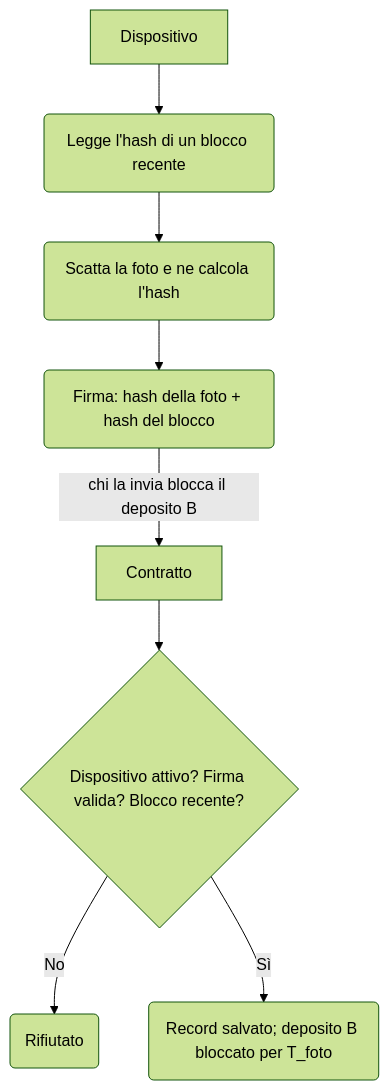
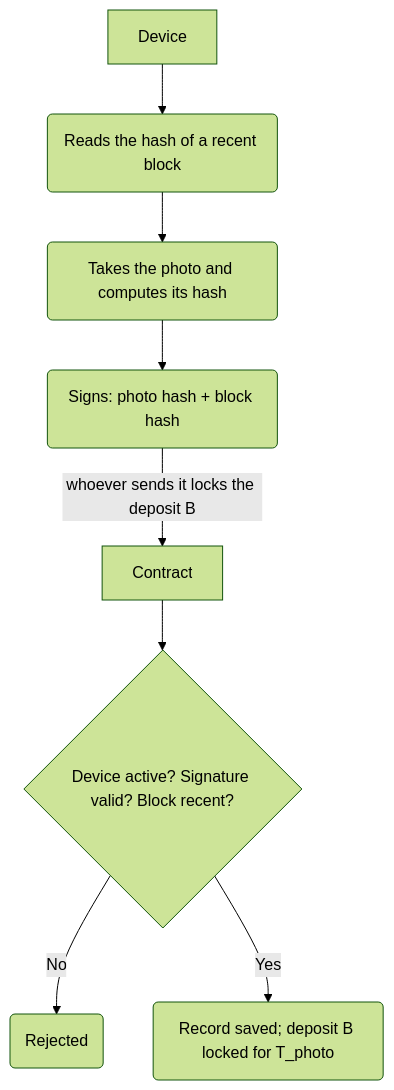
Before and after one commit to VincenzoImp/ixh26-paprika: the second of 3 diagrams in docs/1-how-it-works.md, drawn with Mermaid (forest theme). The commit also changed other lines of this file and 34 other files, not shown here.

````diff
--- a/docs/1-how-it-works.md
+++ b/docs/1-how-it-works.md
@@ -67,10 +67,10 @@
 ```mermaid
 flowchart TD
-    Dev[Dispositivo] --> Block(Legge l'hash di un blocco recente)
-    Block --> Pic(Scatta la foto e ne calcola l'hash)
-    Pic --> Sign("Firma: hash della foto + hash del blocco")
-    Sign -->|"chi la invia blocca il deposito B"| Contract[Contratto]
-    Contract --> Test{"Dispositivo attivo? Firma valida? Blocco recente?"}
-    Test -->|No| Error(Rifiutato)
-    Test -->|Sì| Save("Record salvato; deposito B bloccato per T_foto")
+    Dev[Device] --> Block(Reads the hash of a recent block)
+    Block --> Pic(Takes the photo and computes its hash)
+    Pic --> Sign("Signs: photo hash + block hash")
+    Sign -->|"whoever sends it locks the deposit B"| Contract[Contract]
+    Contract --> Test{"Device active? Signature valid? Block recent?"}
+    Test -->|No| Error(Rejected)
+    Test -->|Yes| Save("Record saved; deposit B locked for T_photo")
 ```
````
